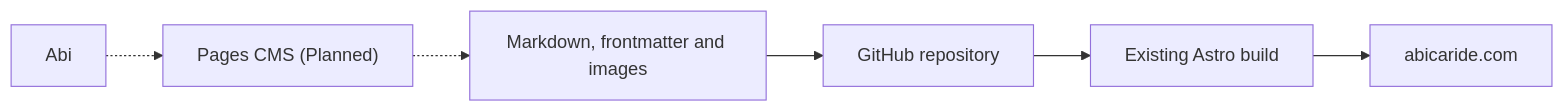
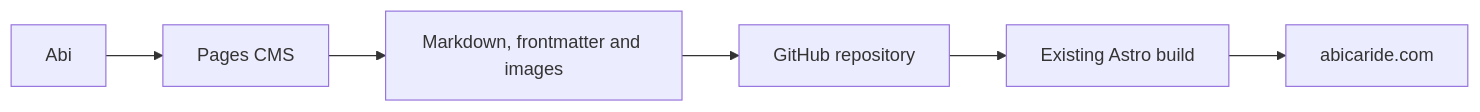
One commit to abicaride/abicaride.com changed the sixth of 7 diagrams in docs/ARCHITECTURE.md. Above: the diagram before and after it, drawn with Mermaid. The commit also changed other lines of this file and 5 other files, not shown here.

Commit message:
feat: adopt Pages CMS for projects

````diff
--- a/docs/ARCHITECTURE.md
+++ b/docs/ARCHITECTURE.md
@@ -358,8 +359,8 @@
 ```mermaid
 flowchart LR
-    ABI["Abi"] -.-> CMS["Pages CMS (Planned)"]
-    CMS -.-> FILES["Markdown, frontmatter and images"]
+    ABI["Abi"] --> CMS["Pages CMS"]
+    CMS --> FILES["Markdown, frontmatter and images"]
     FILES --> REPO["GitHub repository"]
     REPO --> BUILD["Existing Astro build"]
     BUILD --> SITE["abicaride.com"]
 ```
````
